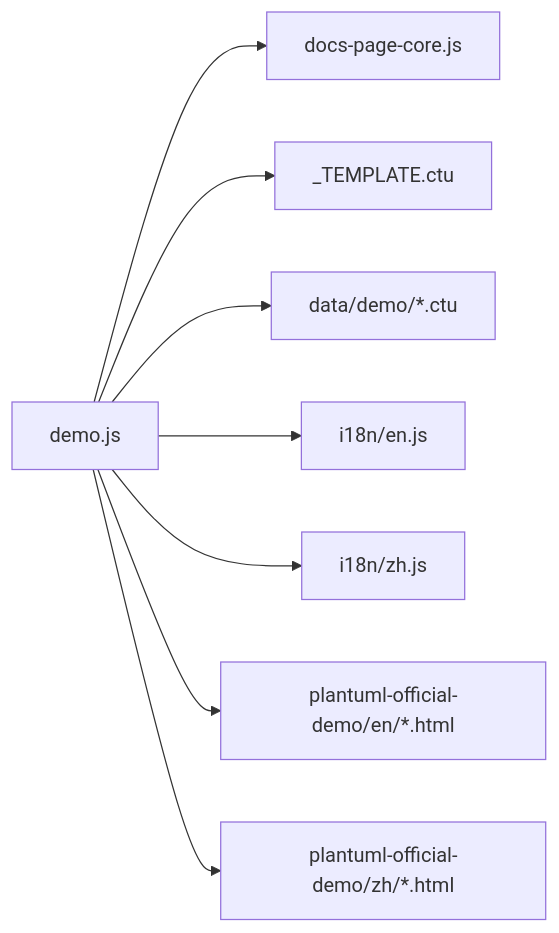
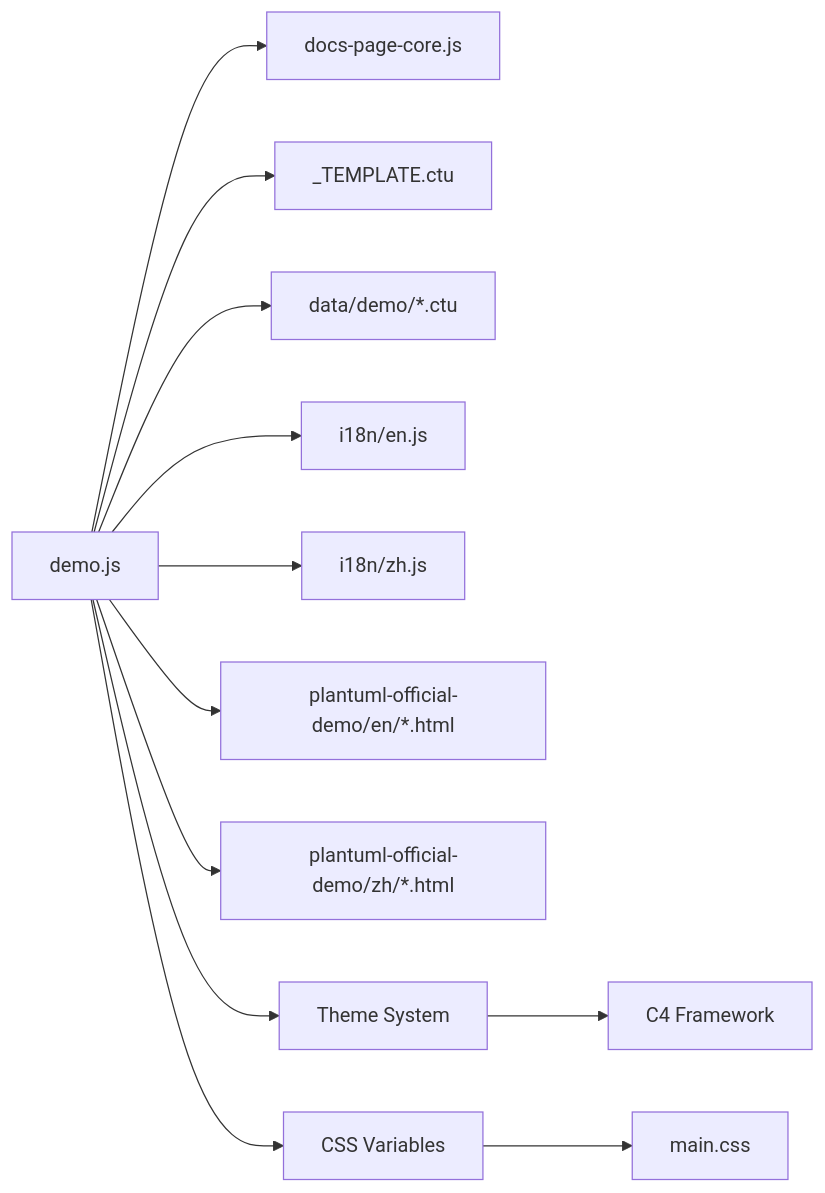
Before and after one commit to pingwurth/code-to-uml: the fifth of 6 diagrams in .qoder/repowiki/en/content/Diagram Examples/Diagram Examples.md, drawn with Mermaid. The commit also changed other lines of this file and 6 other files, not shown here.

````diff
--- a/.qoder/repowiki/en/content/Diagram Examples/Diagram Examples.md
+++ b/.qoder/repowiki/en/content/Diagram Examples/Diagram Examples.md
@@ -255,10 +421,14 @@
 ```mermaid
 graph LR
 J["demo.js"] --> C["docs-page-core.js"]
 J --> E["_TEMPLATE.ctu"]
 J --> D["data/demo/*.ctu"]
 J --> EN["i18n/en.js"]
 J --> ZH["i18n/zh.js"]
 J --> OFF_EN["plantuml-official-demo/en/*.html"]
 J --> OFF_ZH["plantuml-official-demo/zh/*.html"]
+J --> THEME["Theme System"]
+J --> CSS_VARS["CSS Variables"]
+THEME --> C4["C4 Framework"]
+CSS_VARS --> MAIN_CSS["main.css"]
 ```
````
